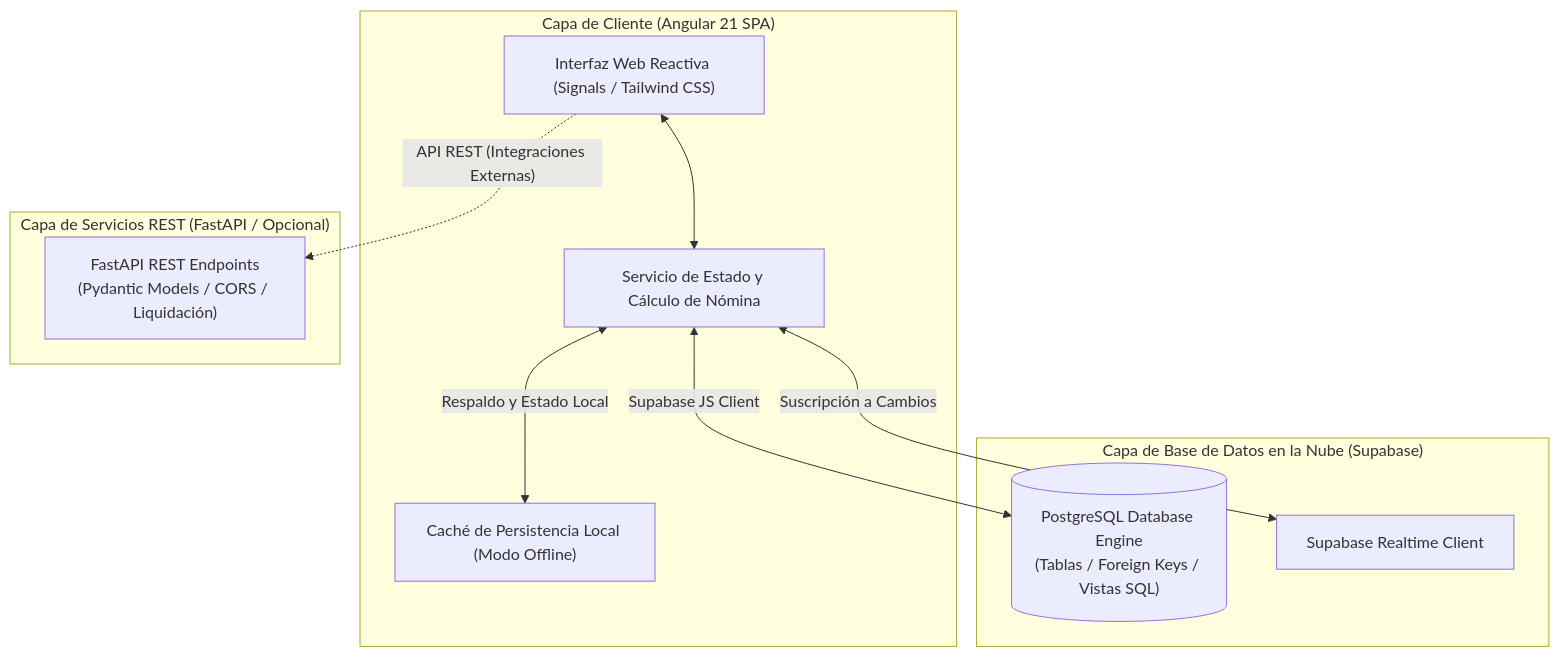
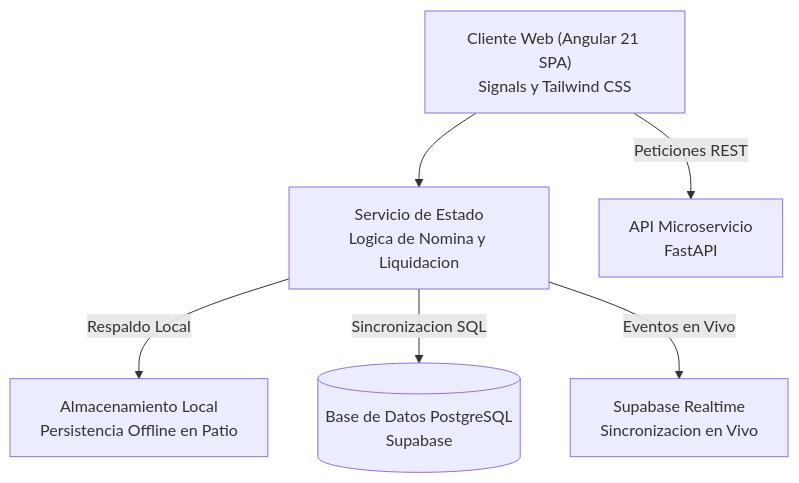
Before and after one commit to JeremyJaramillo72/Proyecto-De-Boya: the diagram in README.md, drawn with Mermaid.

Commit message:
fix(docs): corregir sintaxis de diagrama Mermaid para renderizado en GitHub
- Reemplazar saltos de linea y sintaxis de enlaces bidireccionales no soportados por GitHub.

- Asegurar visualizacion correcta en modo oscuro y claro.

````diff
--- a/README.md
+++ b/README.md
@@ -47,23 +47,15 @@
 ```mermaid
 flowchart TD
-    subgraph Frontend["Capa de Cliente (Angular 21 SPA)"]
-        UI["Interfaz Web Reactiva (Signals / Tailwind CSS)"]
-        StateService["Servicio de Estado y Cálculo de Nómina"]
-        LocalStorage["Caché de Persistencia Local (Modo Offline)"]
-    end
+    UI["Cliente Web (Angular 21 SPA)<br/>Signals y Tailwind CSS"]
+    StateService["Servicio de Estado<br/>Logica de Nomina y Liquidacion"]
+    LocalStorage["Almacenamiento Local<br/>Persistencia Offline en Patio"]
+    Postgres[("Base de Datos PostgreSQL<br/>Supabase")]
+    Realtime["Supabase Realtime<br/>Sincronizacion en Vivo"]
+    API["API Microservicio<br/>FastAPI"]
 
-    subgraph BackendAPI["Capa de Servicios REST (FastAPI / Opcional)"]
-        API["FastAPI REST Endpoints\n(Pydantic Models / CORS / Liquidación)"]
-    end
-
-    subgraph CloudData["Capa de Base de Datos en la Nube (Supabase)"]
-        Postgres[("PostgreSQL Database Engine\n(Tablas / Foreign Keys / Vistas SQL)")]
-        Realtime["Supabase Realtime Client"]
-    end
-
-    UI <--> StateService
-    StateService <-->|"Respaldo y Estado Local"| LocalStorage
-    StateService <-->|"Supabase JS Client"| Postgres
-    StateService <-->|"Suscripción a Cambios"| Realtime
-    UI -.->|"API REST (Integraciones Externas)"| API
+    UI --> StateService
+    StateService -->|Respaldo Local| LocalStorage
+    StateService -->|Sincronizacion SQL| Postgres
+    StateService -->|Eventos en Vivo| Realtime
+    UI -->|Peticiones REST| API
 ```
````
